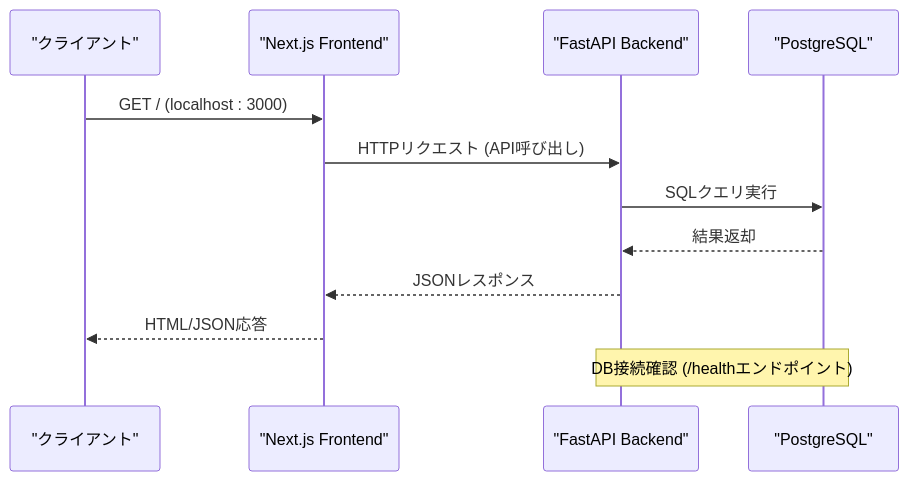
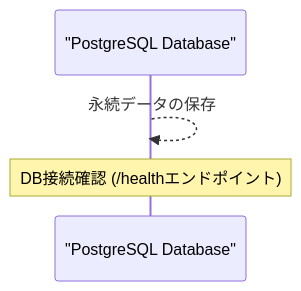
Before and after one commit to ss8806/Todos: the third of 8 diagrams in .qoder/repowiki/ja/content/Dockerコンテナ化.md, drawn with Mermaid. The commit also changed other lines of this file and 6 other files, not shown here.

````diff
--- a/.qoder/repowiki/ja/content/Dockerコンテナ化.md
+++ b/.qoder/repowiki/ja/content/Dockerコンテナ化.md
@@ -132,14 +95,6 @@
 ```mermaid
 sequenceDiagram
-participant Client as "クライアント"
-participant Frontend as "Next.js Frontend"
-participant Backend as "FastAPI Backend"
-participant Database as "PostgreSQL"
-Client->>Frontend : GET / (localhost : 3000)
-Frontend->>Backend : HTTPリクエスト (API呼び出し)
-Backend->>Database : SQLクエリ実行
-Database-->>Backend : 結果返却
-Backend-->>Frontend : JSONレスポンス
-Frontend-->>Client : HTML/JSON応答
-Note over Backend,Database : DB接続確認 (/healthエンドポイント)
+participant Database as "PostgreSQL Database"
+Database-->>Database : 永続データの保存
+Note over Database : DB接続確認 (/healthエンドポイント)
 ```
````
